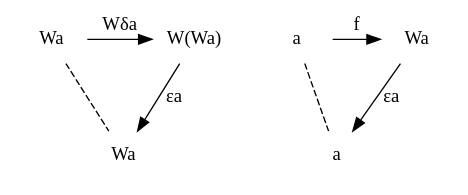
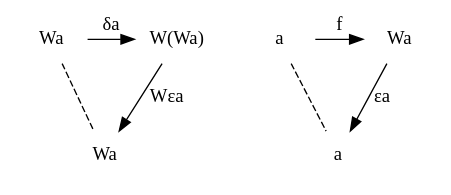
One commit to evenbrenden/ct4p-challenges changed the diagram in chapter25-challenge2-triangular-identities.dot. Above: the diagram before and after it, drawn with Graphviz. The commit also changed 2 other files, not shown here.

```diff
--- a/chapter25-challenge2-triangular-identities.dot
+++ b/chapter25-challenge2-triangular-identities.dot
@@ -1,23 +1,23 @@
 digraph {
   node [shape=plaintext]
 
   WaL1 [label="Wa"]
   WaR1 [label="Wa"]
   WWa1 [label="W(Wa)"]
 
   { rank=same WaL1 WWa1 }
 
-  WaL1 -> WWa1 [label="Wδa"]
-  WWa1 -> WaR1 [label="εa"]
+  WaL1 -> WWa1 [label="δa"]
+  WWa1 -> WaR1 [label="Wεa"]
   WaL1 -> WaR1 [label="" style=dashed arrowhead=none]
 
   aL2 [label="a"]
   aR2 [label="a"]
   Wa2 [label="Wa"]
 
   { rank=same aL2 Wa2 }
 
   aL2 -> Wa2 [label="f"]
   Wa2 -> aR2 [label="εa"]
   aL2 -> aR2 [label="" style=dashed arrowhead=none]
 }
```
